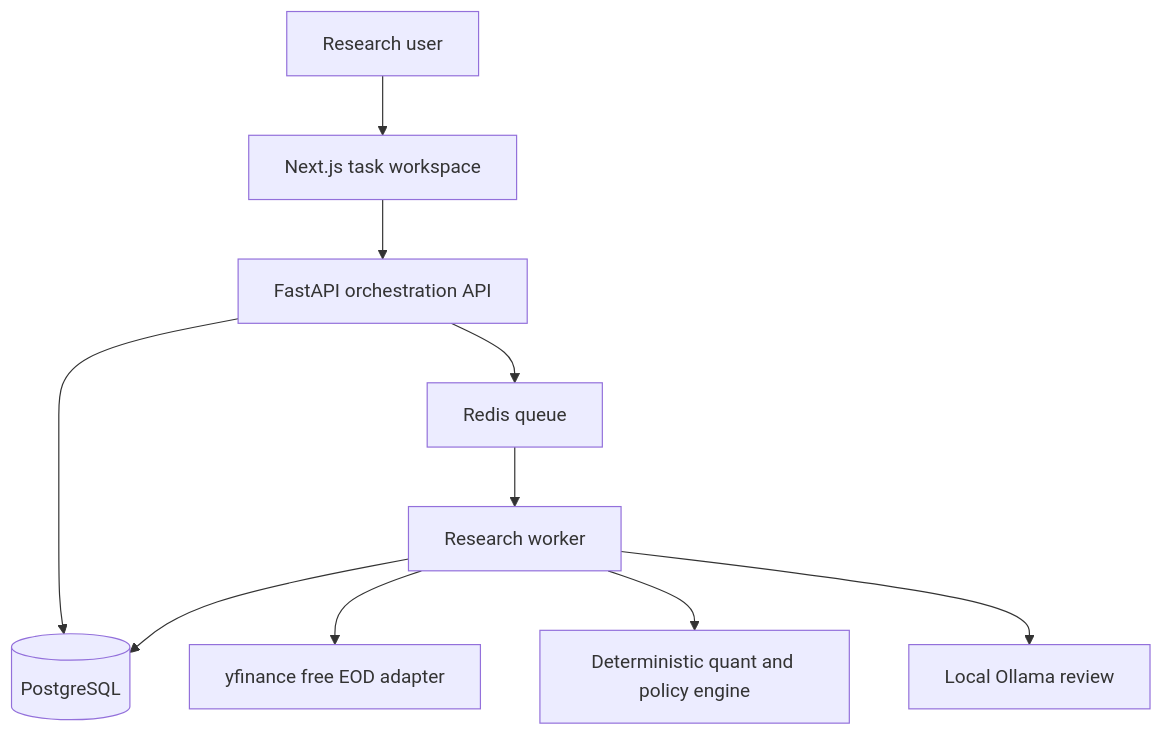
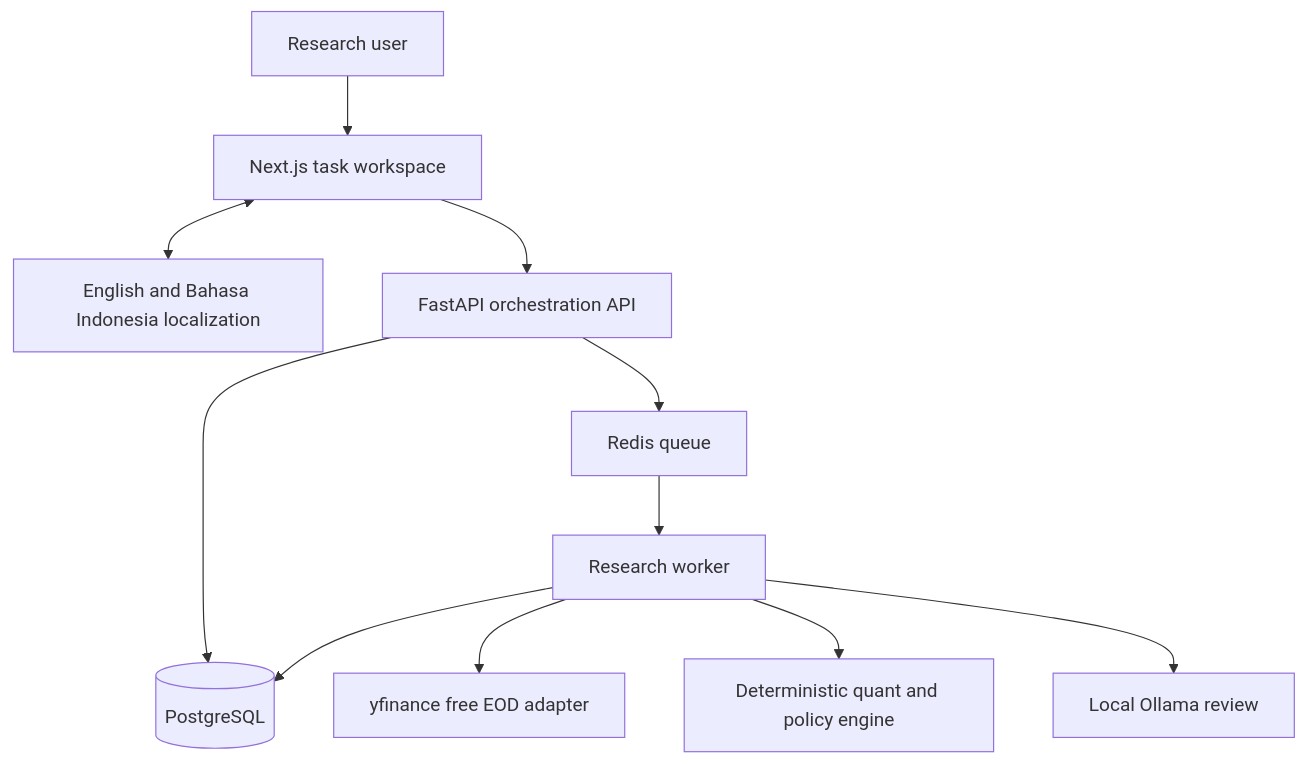
One commit to radhian/buktisaham changed the first of 3 diagrams in docs/ARCHITECTURE.md. Above: the diagram before and after it, drawn with Mermaid. The commit also changed other lines of this file and 15 other files, not shown here.

```diff
--- a/docs/ARCHITECTURE.md
+++ b/docs/ARCHITECTURE.md
@@ -5,12 +5,13 @@
 ~~~mermaid
 flowchart TB
     U[Research user] --> UI[Next.js task workspace]
+    UI <--> L[English and Bahasa Indonesia localization]
     UI --> API[FastAPI orchestration API]
     API --> PG[(PostgreSQL)]
     API --> RQ[Redis queue]
     RQ --> W[Research worker]
     W --> Y[yfinance free EOD adapter]
     W --> Q[Deterministic quant and policy engine]
     W --> O[Local Ollama review]
     W --> PG
 ~~~
```
